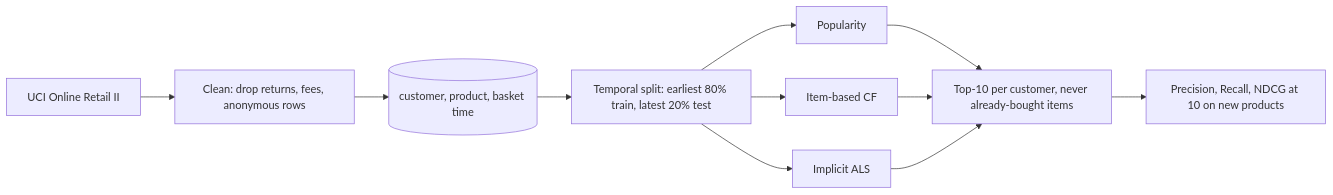
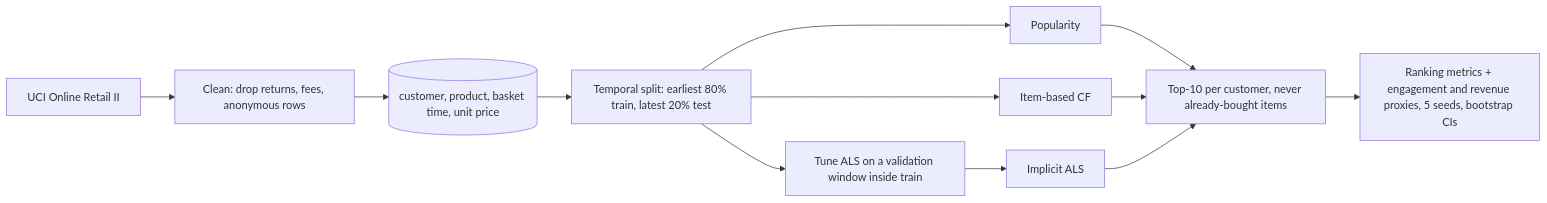
One commit to Janeferdinant/ecommerce-recommender changed the diagram in README.md. Above: the diagram before and after it, drawn with Mermaid. The commit also changed other lines of this file and 3 other files, not shown here.

````diff
--- a/README.md
+++ b/README.md
@@ -24,13 +45,14 @@
 ```mermaid
 flowchart LR
     A[UCI Online Retail II] --> B[Clean: drop returns, fees, anonymous rows]
-    B --> C[(customer, product, basket time)]
+    B --> C[(customer, product, basket time, unit price)]
     C --> D[Temporal split: earliest 80% train, latest 20% test]
+    D --> T[Tune ALS on a validation window inside train]
     D --> E[Popularity]
     D --> F[Item-based CF]
-    D --> G[Implicit ALS]
+    T --> G[Implicit ALS]
     E --> H[Top-10 per customer, never already-bought items]
     F --> H
     G --> H
-    H --> I[Precision, Recall, NDCG at 10 on new products]
+    H --> I[Ranking metrics + engagement and revenue proxies, 5 seeds, bootstrap CIs]
 ```
````
